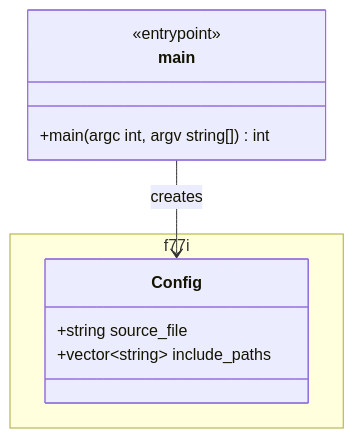
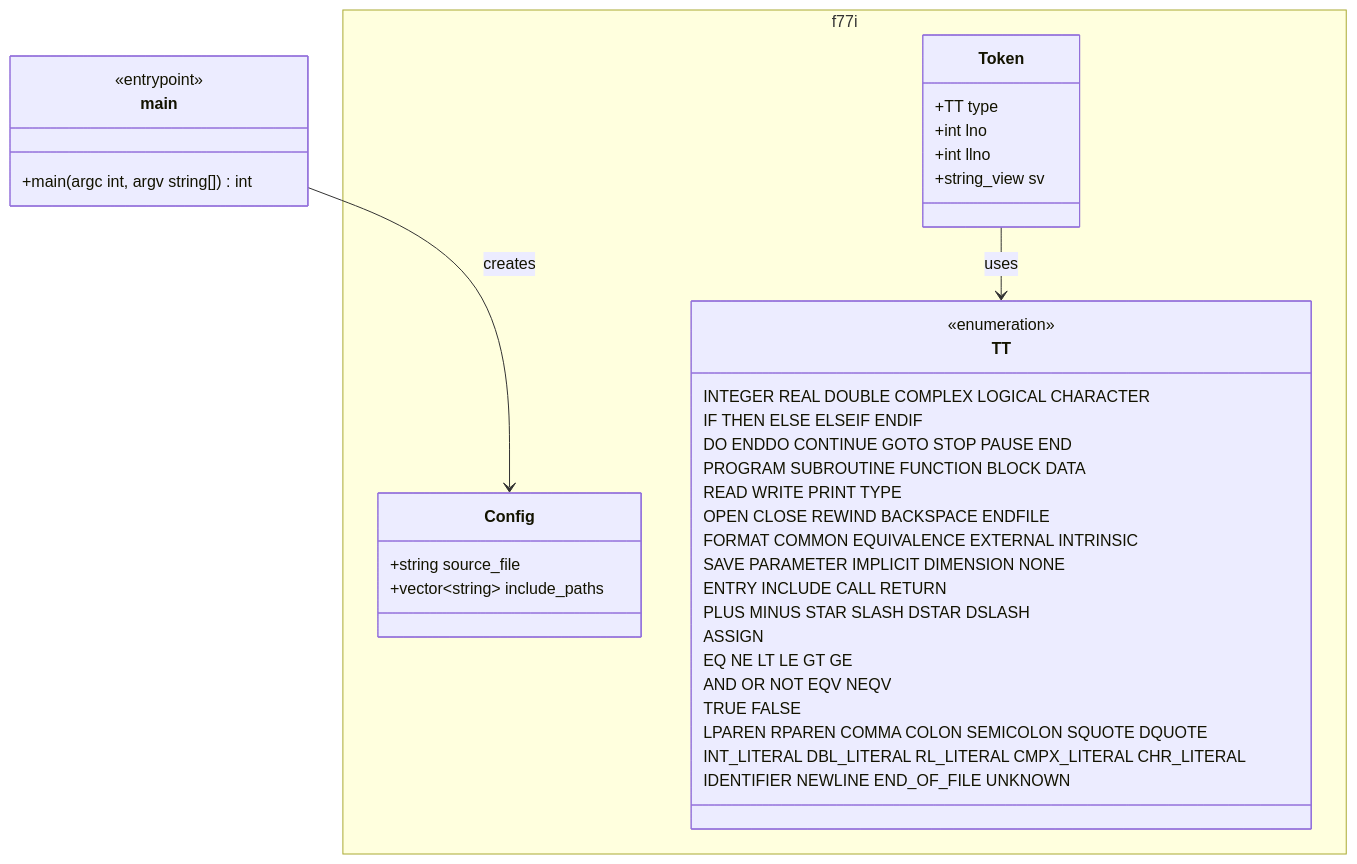
Before and after one commit to armandli/f77interpret: the diagram in docs/memory/architecture.md, drawn with Mermaid. The commit also changed 3 other files, not shown here.

````diff
--- a/docs/memory/architecture.md
+++ b/docs/memory/architecture.md
@@ -7,14 +7,41 @@
 ```mermaid
 classDiagram
     namespace f77i {
         class Config {
             +string source_file
             +vector~string~ include_paths
         }
+        class TT {
+            <<enumeration>>
+            INTEGER REAL DOUBLE COMPLEX LOGICAL CHARACTER
+            IF THEN ELSE ELSEIF ENDIF
+            DO ENDDO CONTINUE GOTO STOP PAUSE END
+            PROGRAM SUBROUTINE FUNCTION BLOCK DATA
+            READ WRITE PRINT TYPE
+            OPEN CLOSE REWIND BACKSPACE ENDFILE
+            FORMAT COMMON EQUIVALENCE EXTERNAL INTRINSIC
+            SAVE PARAMETER IMPLICIT DIMENSION NONE
+            ENTRY INCLUDE CALL RETURN
+            PLUS MINUS STAR SLASH DSTAR DSLASH
+            ASSIGN
+            EQ NE LT LE GT GE
+            AND OR NOT EQV NEQV
+            TRUE FALSE
+            LPAREN RPAREN COMMA COLON SEMICOLON SQUOTE DQUOTE
+            INT_LITERAL DBL_LITERAL RL_LITERAL CMPX_LITERAL CHR_LITERAL
+            IDENTIFIER NEWLINE END_OF_FILE UNKNOWN
+        }
+        class Token {
+            +TT type
+            +int lno
+            +int llno
+            +string_view sv
+        }
     }
     class main {
         <<entrypoint>>
         +main(argc int, argv string[]) int
     }
     main --> Config : creates
+    Token --> TT : uses
 ```
````
